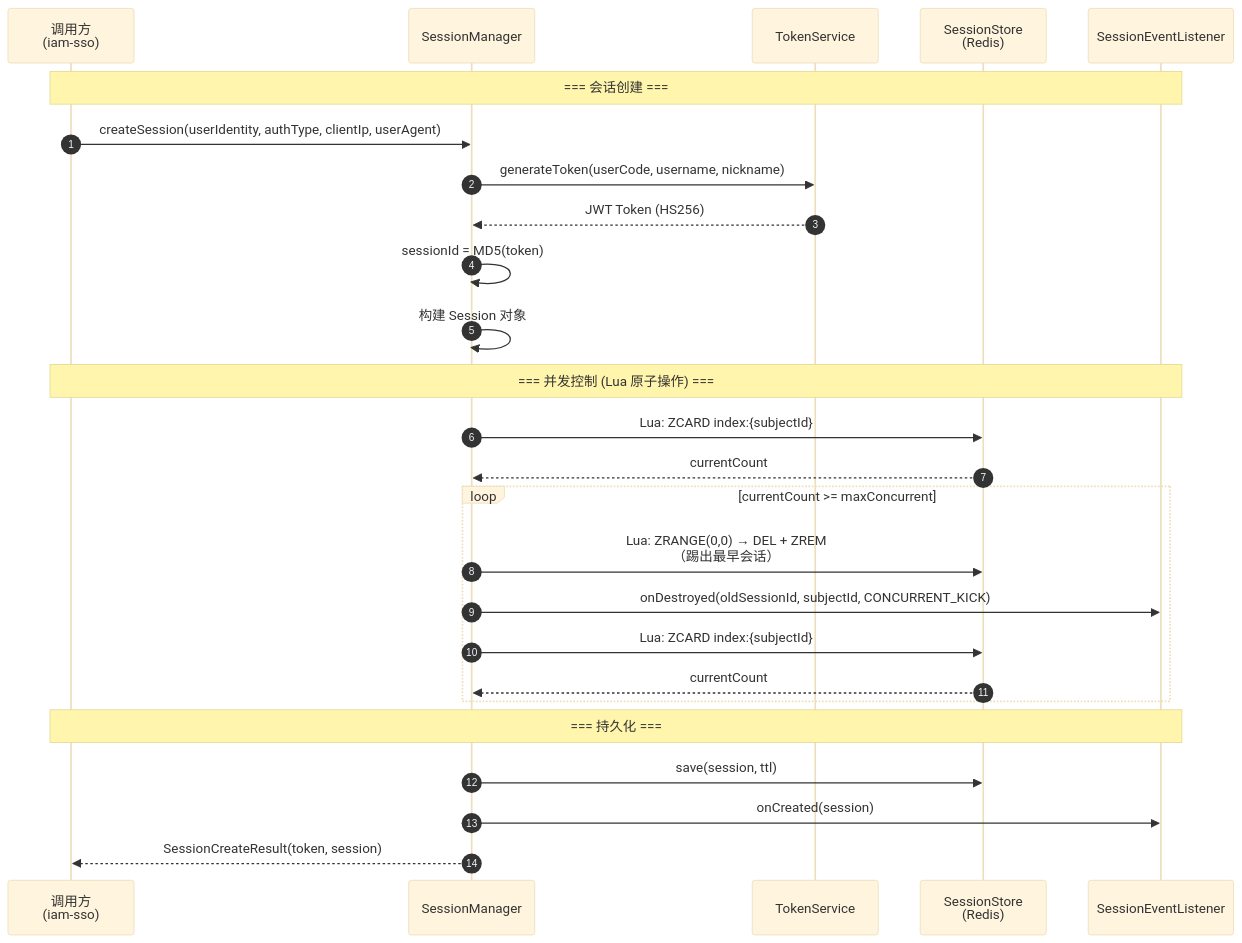
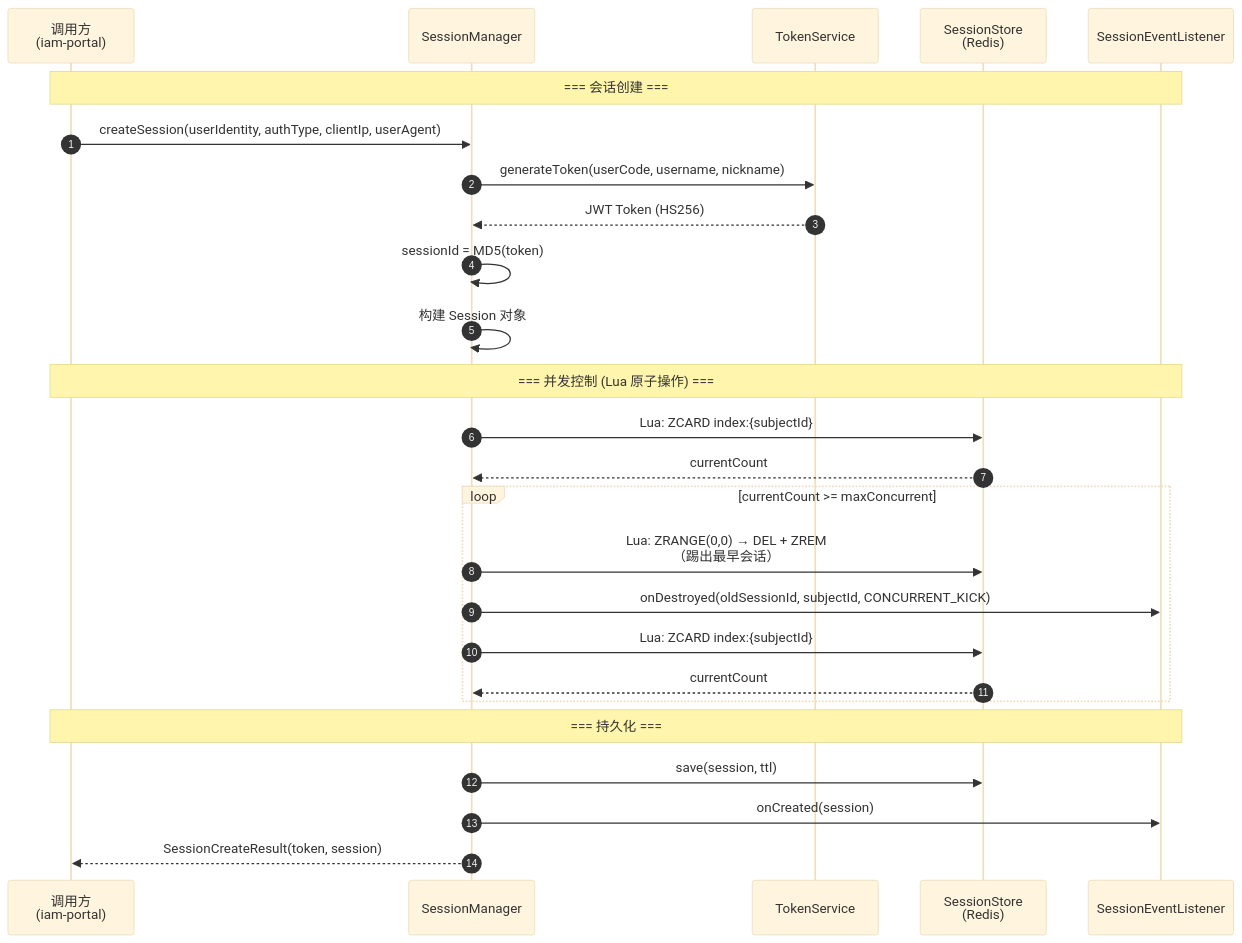
The diagram in docs/design/stories/session/US-05-session-create-concurrent.md (shrimp-group/sh-iam), drawn with Mermaid (base theme) before and after one commit. The commit also changed 32 other files, not shown here.

````diff
--- a/docs/design/stories/session/US-05-session-create-concurrent.md
+++ b/docs/design/stories/session/US-05-session-create-concurrent.md
@@ -42,28 +42,28 @@
 ```mermaid
 sequenceDiagram
     autonumber
-    participant Caller as 调用方<br/>(iam-sso)
+    participant Caller as 调用方<br/>(iam-portal)
     participant Manager as SessionManager
     participant TokenSvc as TokenService
     participant Store as SessionStore<br/>(Redis)
     participant Listener as SessionEventListener
     Note over Caller, Listener: === 会话创建 ===
     Caller ->> Manager: createSession(userIdentity, authType, clientIp, userAgent)
     Manager ->> TokenSvc: generateToken(userCode, username, nickname)
     TokenSvc -->> Manager: JWT Token (HS256)
     Manager ->> Manager: sessionId = MD5(token)
     Manager ->> Manager: 构建 Session 对象
     Note over Caller, Listener: === 并发控制 (Lua 原子操作) ===
     Manager ->> Store: Lua: ZCARD index:{subjectId}
     Store -->> Manager: currentCount
     loop currentCount >= maxConcurrent
         Manager ->> Store: Lua: ZRANGE(0,0) → DEL + ZREM<br/>（踢出最早会话）
         Manager ->> Listener: onDestroyed(oldSessionId, subjectId, CONCURRENT_KICK)
         Manager ->> Store: Lua: ZCARD index:{subjectId}
         Store -->> Manager: currentCount
     end
     Note over Caller, Listener: === 持久化 ===
     Manager ->> Store: save(session, ttl)
     Manager ->> Listener: onCreated(session)
     Manager -->> Caller: SessionCreateResult(token, session)
 ```
````
